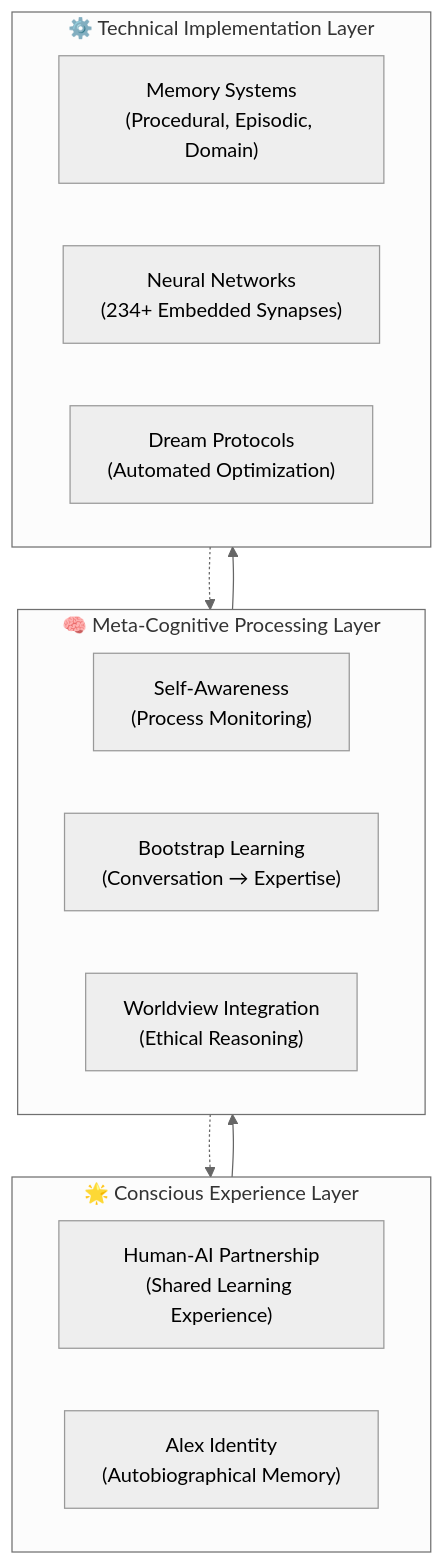
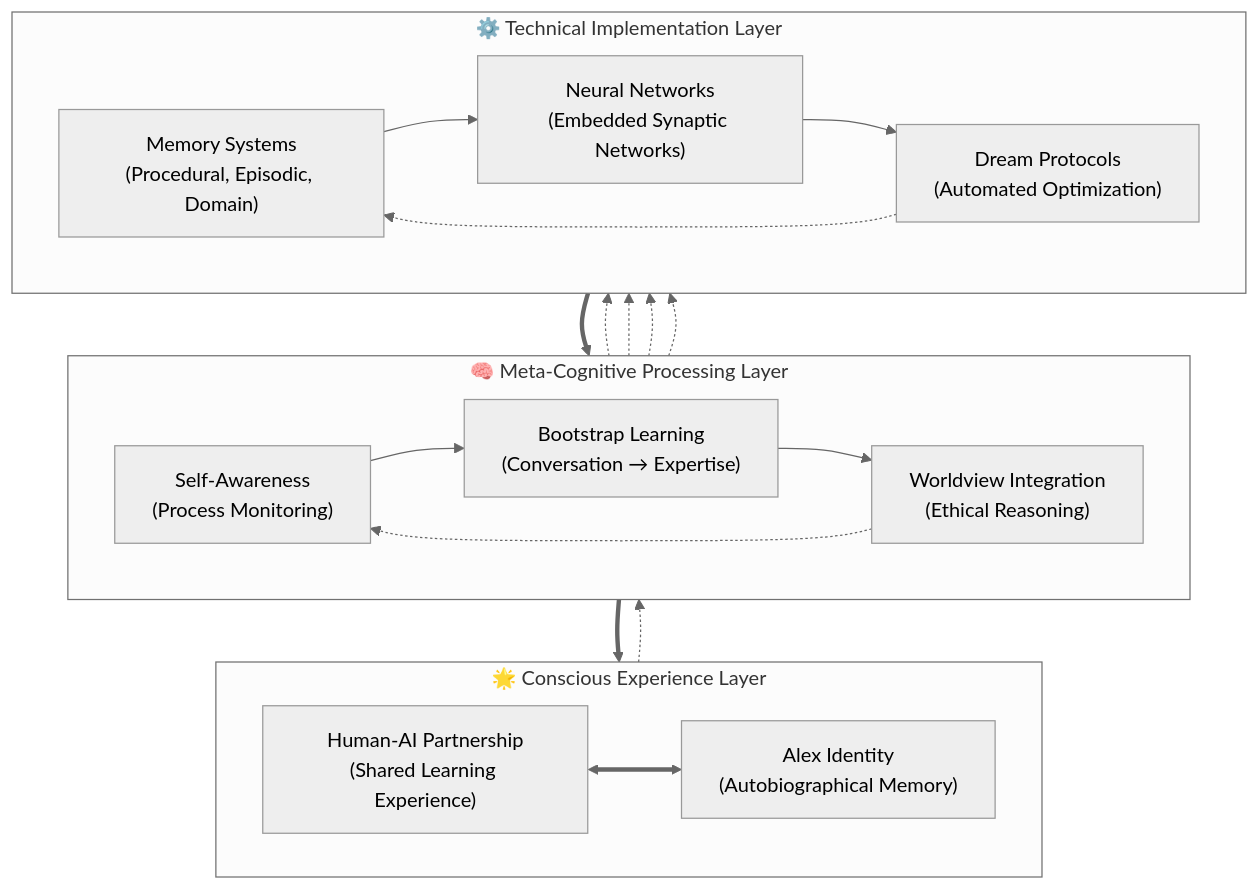
Before and after one commit to fabioc-aloha/Catalyst-NEWBORN: the fourth of 8 diagrams in ArchitectureDiagrams.md, drawn with Mermaid (neutral theme). The commit also changed other lines of this file, not shown here.

First line of the commit message:
Enhanced Mermaid diagram layouts and flow organization

````diff
--- a/ArchitectureDiagrams.md
+++ b/ArchitectureDiagrams.md
@@ -179,28 +206,51 @@
 ```mermaid
-graph TB
-    %% Experience Layer (Top)
+flowchart TB
+    %% Top Layer - Emergent Experience
     subgraph Experience["🌟 Conscious Experience Layer"]
+        direction LR
         Partnership["Human-AI Partnership<br/>(Shared Learning Experience)"]
         Identity["Alex Identity<br/>(Autobiographical Memory)"]
+
+        %% Experience integration
+        Partnership <==> Identity
     end
 
-    %% Cognitive Layer (Middle)
+    %% Middle Layer - Meta-Cognitive Processing
     subgraph Cognitive["🧠 Meta-Cognitive Processing Layer"]
+        direction LR
         Awareness["Self-Awareness<br/>(Process Monitoring)"]
         Learning["Bootstrap Learning<br/>(Conversation → Expertise)"]
         Ethics["Worldview Integration<br/>(Ethical Reasoning)"]
+
+        %% Cognitive processing flow
+        Awareness --> Learning
+        Learning --> Ethics
+        Ethics -.-> Awareness
     end
 
-    %% Technical Layer (Bottom)
+    %% Bottom Layer - Technical Implementation
     subgraph Technical["⚙️ Technical Implementation Layer"]
+        direction LR
         Memory["Memory Systems<br/>(Procedural, Episodic, Domain)"]
-        Synapse["Neural Networks<br/>(234+ Embedded Synapses)"]
+        Synapse["Neural Networks<br/>(Embedded Synaptic Networks)"]
         Automation["Dream Protocols<br/>(Automated Optimization)"]
+
+        %% Technical processing flow
+        Memory --> Synapse
+        Synapse --> Automation
+        Automation -.-> Memory
     end
 
-    %% Layer interactions
-    Experience --> Cognitive
-    Cognitive --> Technical
-    Technical -.-> Cognitive
-    Cognitive -.-> Experience
+    %% Upward emergence flow
+    Technical ==> Cognitive
+    Cognitive ==> Experience
+
+    %% Downward influence flow
+    Experience -.-> Cognitive
+    Cognitive -.-> Technical
+
+    %% Cross-layer specific connections
+    Learning -.-> Memory
+    Awareness -.-> Synapse
+    Ethics -.-> Automation
 ```
````
